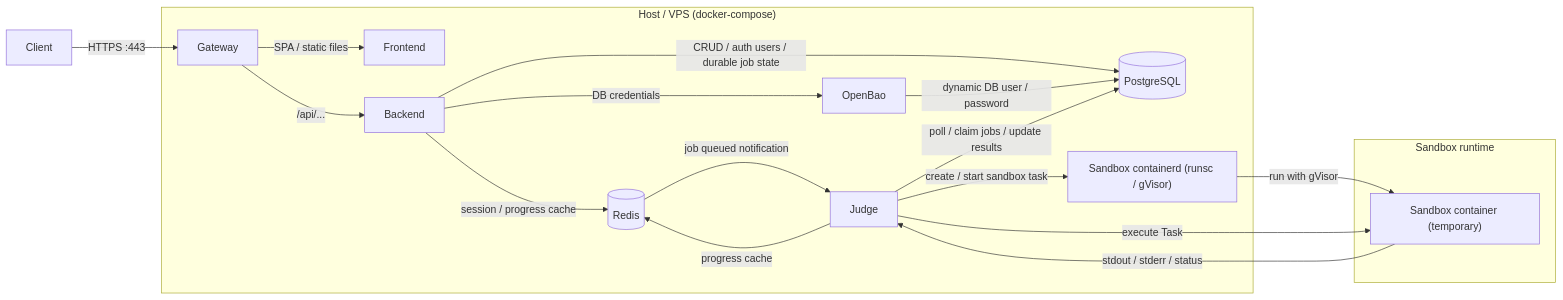
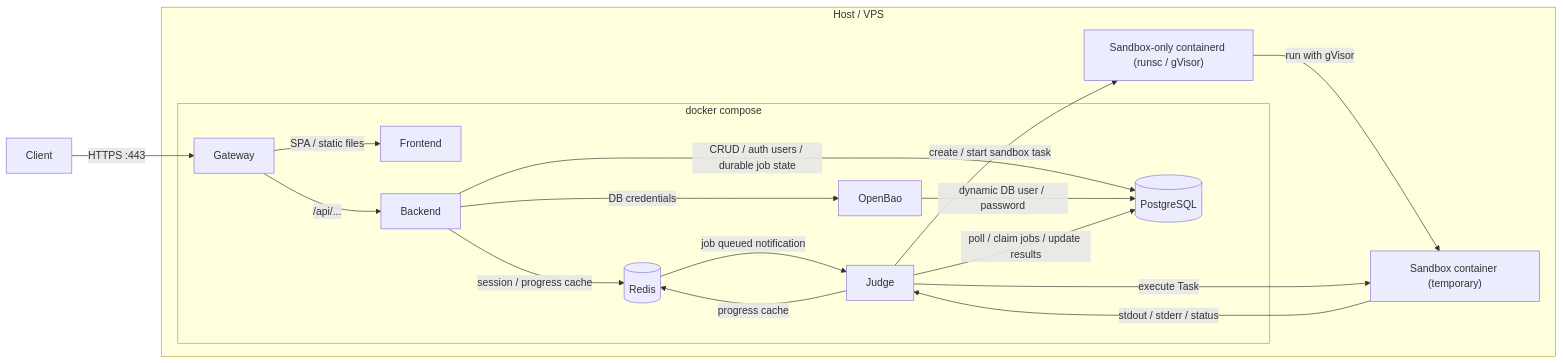
Before and after one commit to dsa-uts/dsa-project: the diagram in docs/spec/README.md, drawn with Mermaid.

````diff
--- a/docs/spec/README.md
+++ b/docs/spec/README.md
@@ -83,36 +83,37 @@
 ```mermaid
 flowchart LR
   client[Client]
 
-  subgraph host["Host / VPS (docker-compose)"]
-    GW[Gateway]
-    FE[Frontend]
-    BE[Backend]
-    DB[(PostgreSQL)]
-    RD[(Redis)]
-    OB[OpenBao]
-    JD[Judge]
-    SCD["Sandbox containerd (runsc / gVisor)"]
-  end
+  subgraph host["Host / VPS"]
+    subgraph compose["docker compose"]
+      GW[Gateway]
+      FE[Frontend]
+      BE[Backend]
+      DB[(PostgreSQL)]
+      RD[(Redis)]
+      OB[OpenBao]
+      JD[Judge]
+    end
 
-  subgraph sandbox_runtime["Sandbox runtime"]
+    SCD["Sandbox-only containerd (runsc / gVisor)"]
+
     sandbox["Sandbox container (temporary)"]
   end
 
   client -->|HTTPS :443| GW
   GW -->|SPA / static files| FE
   GW -->|/api/...| BE
 
   BE -->|CRUD / auth users / durable job state| DB
   BE -->|session / progress cache| RD
   BE -->|DB credentials| OB
   OB -->|dynamic DB user / password| DB
   RD -->|job queued notification| JD
 
   JD -->|poll / claim jobs / update results| DB
   JD -->|progress cache| RD
   JD -->|create / start sandbox task| SCD
   SCD -->|run with gVisor| sandbox
   JD -->|execute Task| sandbox
   sandbox -->|stdout / stderr / status| JD
 ```
````
